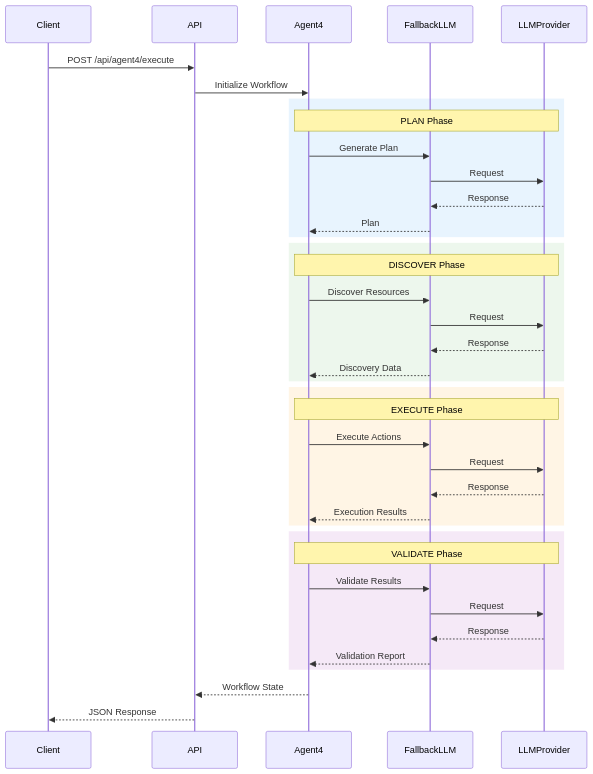
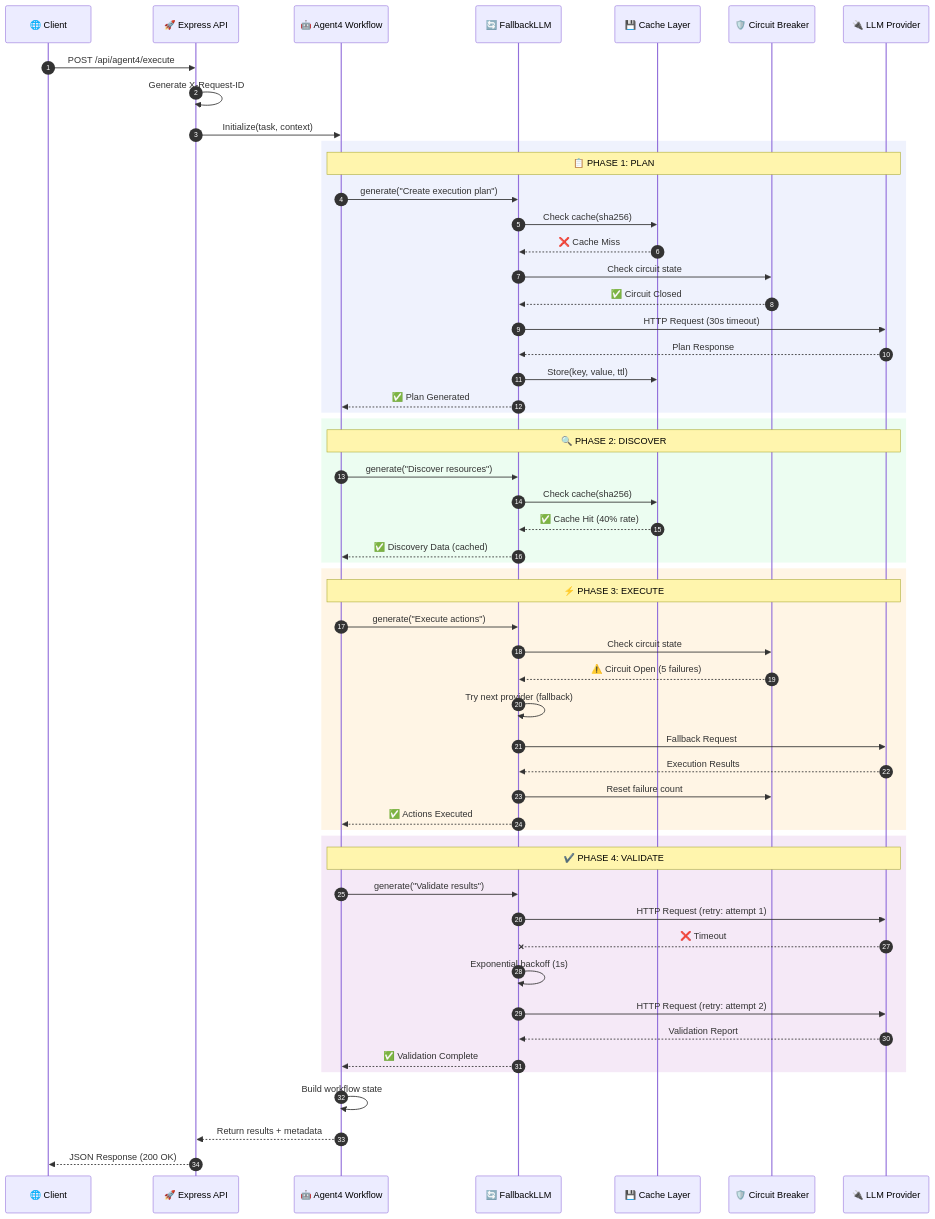
One commit to NovusAevum/agent4-implementation changed the fourth of 15 diagrams in README.md. Above: the diagram before and after it, drawn with Mermaid. The commit also changed other lines of this file, not shown here.

````diff
--- a/README.md
+++ b/README.md
@@ -127,46 +305,63 @@
 ```mermaid
 sequenceDiagram
-    participant Client
-    participant API
-    participant Agent4
-    participant FallbackLLM
-    participant LLMProvider
-    
+    autonumber
+    participant Client as 🌐 Client
+    participant API as 🚀 Express API
+    participant Agent as 🤖 Agent4 Workflow
+    participant Fallback as 🔄 FallbackLLM
+    participant Cache as 💾 Cache Layer
+    participant CB as 🛡️ Circuit Breaker
+    participant Provider as 🔌 LLM Provider
+
     Client->>API: POST /api/agent4/execute
-    API->>Agent4: Initialize Workflow
-    
-    rect rgba(33, 150, 243, 0.1)
-    Note over Agent4,LLMProvider: PLAN Phase
-    Agent4->>FallbackLLM: Generate Plan
-    FallbackLLM->>LLMProvider: Request
-    LLMProvider-->>FallbackLLM: Response
-    FallbackLLM-->>Agent4: Plan
+    API->>API: Generate X-Request-ID
+    API->>Agent: Initialize(task, context)
+
+    rect rgba(102, 126, 234, 0.1)
+    Note over Agent,Provider: 📋 PHASE 1: PLAN
+    Agent->>Fallback: generate("Create execution plan")
+    Fallback->>Cache: Check cache(sha256)
+    Cache-->>Fallback: ❌ Cache Miss
+    Fallback->>CB: Check circuit state
+    CB-->>Fallback: ✅ Circuit Closed
+    Fallback->>Provider: HTTP Request (30s timeout)
+    Provider-->>Fallback: Plan Response
+    Fallback->>Cache: Store(key, value, ttl)
+    Fallback-->>Agent: ✅ Plan Generated
     end
-    
-    rect rgba(76, 175, 80, 0.1)
-    Note over Agent4,LLMProvider: DISCOVER Phase
-    Agent4->>FallbackLLM: Discover Resources
-    FallbackLLM->>LLMProvider: Request
-    LLMProvider-->>FallbackLLM: Response
-    FallbackLLM-->>Agent4: Discovery Data
+
+    rect rgba(67, 233, 123, 0.1)
+    Note over Agent,Provider: 🔍 PHASE 2: DISCOVER
+    Agent->>Fallback: generate("Discover resources")
+    Fallback->>Cache: Check cache(sha256)
+    Cache-->>Fallback: ✅ Cache Hit (40% rate)
+    Fallback-->>Agent: ✅ Discovery Data (cached)
     end
-    
+
     rect rgba(255, 152, 0, 0.1)
-    Note over Agent4,LLMProvider: EXECUTE Phase
-    Agent4->>FallbackLLM: Execute Actions
-    FallbackLLM->>LLMProvider: Request
-    LLMProvider-->>FallbackLLM: Response
-    FallbackLLM-->>Agent4: Execution Results
+    Note over Agent,Provider: ⚡ PHASE 3: EXECUTE
+    Agent->>Fallback: generate("Execute actions")
+    Fallback->>CB: Check circuit state
+    CB-->>Fallback: ⚠️ Circuit Open (5 failures)
+    Fallback->>Fallback: Try next provider (fallback)
+    Fallback->>Provider: Fallback Request
+    Provider-->>Fallback: Execution Results
+    Fallback->>CB: Reset failure count
+    Fallback-->>Agent: ✅ Actions Executed
     end
-    
+
     rect rgba(156, 39, 176, 0.1)
-    Note over Agent4,LLMProvider: VALIDATE Phase
-    Agent4->>FallbackLLM: Validate Results
-    FallbackLLM->>LLMProvider: Request
-    LLMProvider-->>FallbackLLM: Response
-    FallbackLLM-->>Agent4: Validation Report
+    Note over Agent,Provider: ✔️ PHASE 4: VALIDATE
+    Agent->>Fallback: generate("Validate results")
+    Fallback->>Provider: HTTP Request (retry: attempt 1)
+    Provider--xFallback: ❌ Timeout
+    Fallback->>Fallback: Exponential backoff (1s)
+    Fallback->>Provider: HTTP Request (retry: attempt 2)
+    Provider-->>Fallback: Validation Report
+    Fallback-->>Agent: ✅ Validation Complete
     end
-    
-    Agent4-->>API: Workflow State
-    API-->>Client: JSON Response
+
+    Agent->>Agent: Build workflow state
+    Agent-->>API: Return results + metadata
+    API-->>Client: JSON Response (200 OK)
 ```
````
